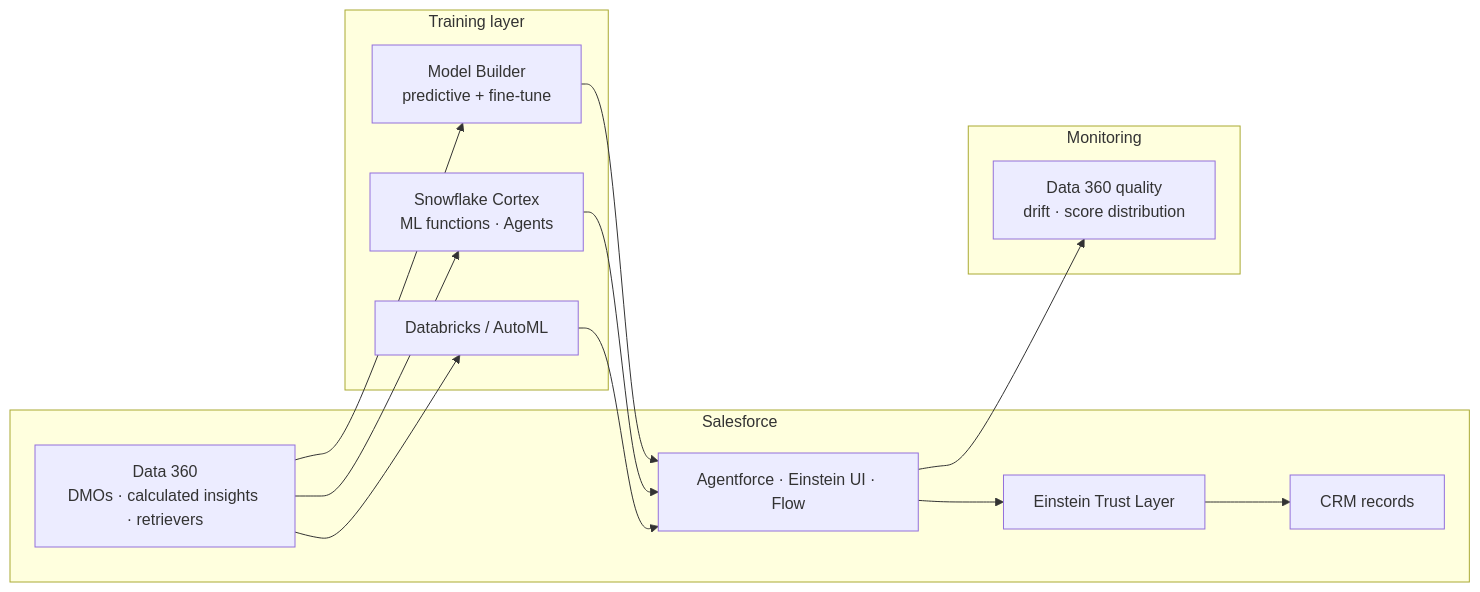
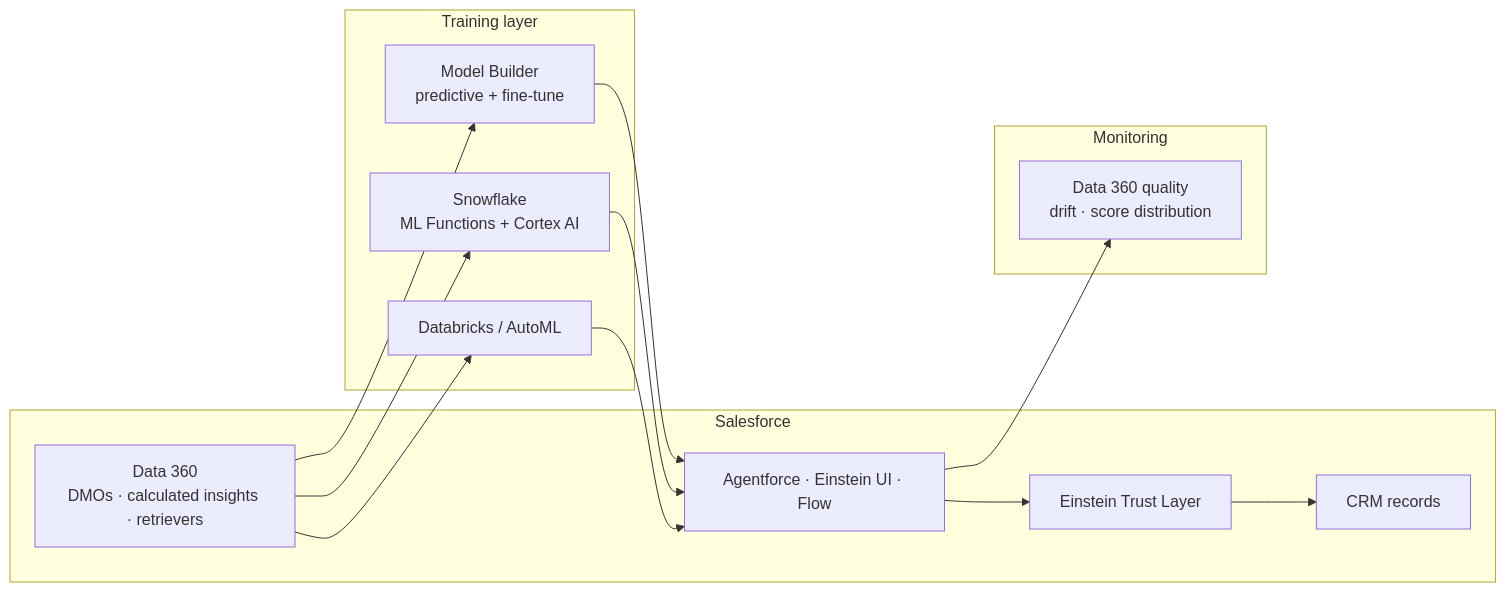
One commit to venkatviswa/101-guides changed the fifth of 5 diagrams in ml101.md. Above: the diagram before and after it, drawn with Mermaid. The commit also changed other lines of this file, not shown here.

````diff
--- a/ml101.md
+++ b/ml101.md
@@ -513,29 +562,29 @@
 ```mermaid
 flowchart LR
     subgraph SF["Salesforce"]
         UI[Agentforce · Einstein UI · Flow]
         TRUST[Einstein Trust Layer]
         D360[Data 360<br/>DMOs · calculated insights · retrievers]
         CRM[CRM records]
     end
 
     subgraph TRAIN["Training layer"]
         MB[Model Builder<br/>predictive + fine-tune]
-        SFC[Snowflake Cortex<br/>ML functions · Agents]
+        SFC["Snowflake<br/>ML Functions + Cortex AI"]
         DBX[Databricks / AutoML]
     end
 
     subgraph MON["Monitoring"]
         Q[Data 360 quality<br/>drift · score distribution]
     end
 
     D360 --> MB
     D360 --> SFC
     D360 --> DBX
     MB --> UI
     SFC --> UI
     DBX --> UI
     UI --> TRUST
     TRUST --> CRM
     UI --> Q
 ```
````
